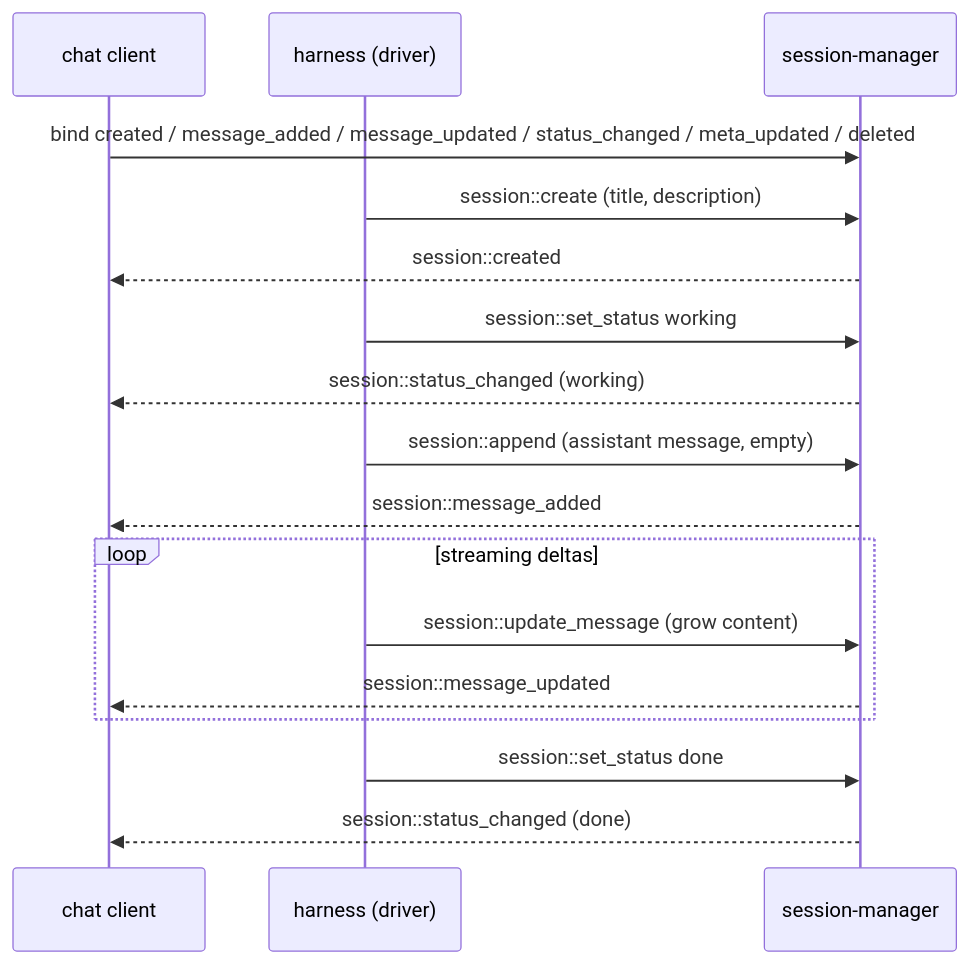
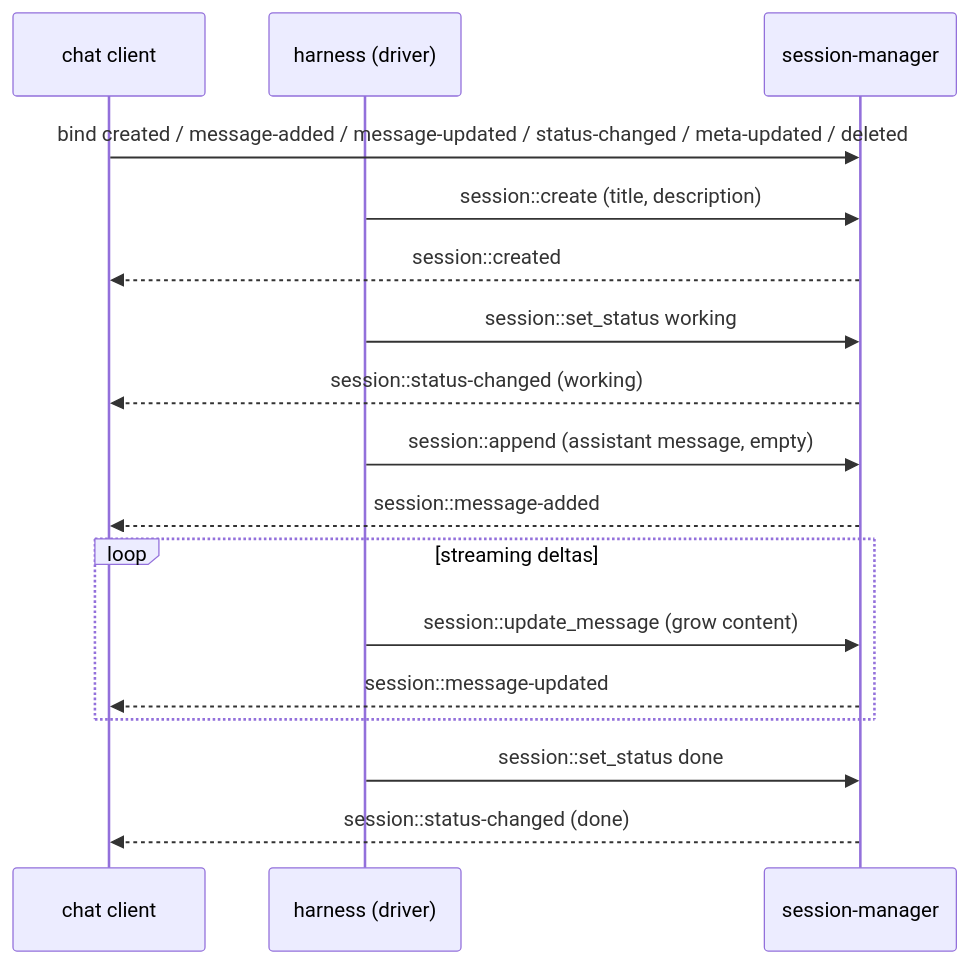
One commit to iii-hq/workers changed the diagram in tech-specs/2026-06-agentic/session-manager.md. Above: the diagram before and after it, drawn with Mermaid. The commit also changed other lines of this file and 42 other files, not shown here.

````diff
--- a/tech-specs/2026-06-agentic/session-manager.md
+++ b/tech-specs/2026-06-agentic/session-manager.md
@@ -72,19 +72,19 @@
 ```mermaid
 sequenceDiagram
   participant UI as chat client
   participant H as harness (driver)
   participant S as session-manager
-  UI->>S: bind created / message_added / message_updated / status_changed / meta_updated / deleted
+  UI->>S: bind created / message-added / message-updated / status-changed / meta-updated / deleted
   H->>S: session::create (title, description)
   S-->>UI: session::created
   H->>S: session::set_status working
-  S-->>UI: session::status_changed (working)
+  S-->>UI: session::status-changed (working)
   H->>S: session::append (assistant message, empty)
-  S-->>UI: session::message_added
+  S-->>UI: session::message-added
   loop streaming deltas
     H->>S: session::update_message (grow content)
-    S-->>UI: session::message_updated
+    S-->>UI: session::message-updated
   end
   H->>S: session::set_status done
-  S-->>UI: session::status_changed (done)
+  S-->>UI: session::status-changed (done)
 ```
````
